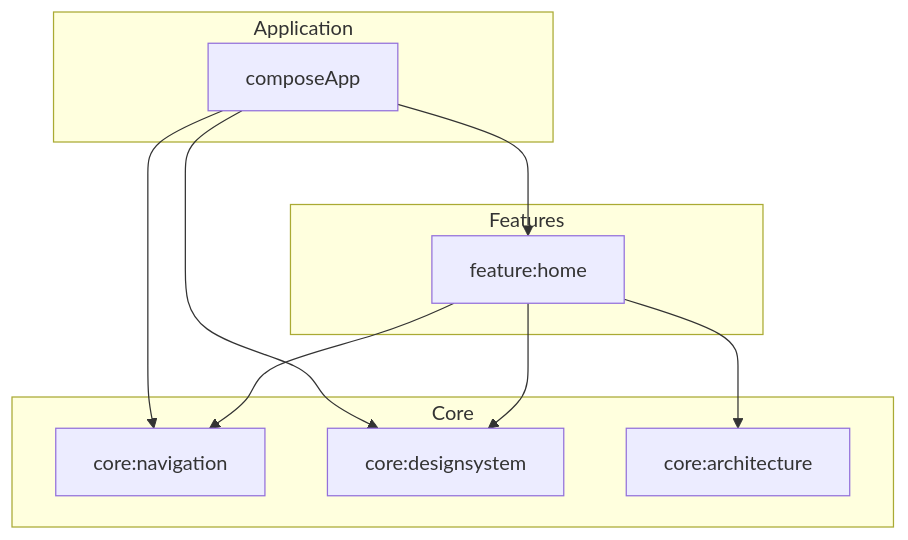
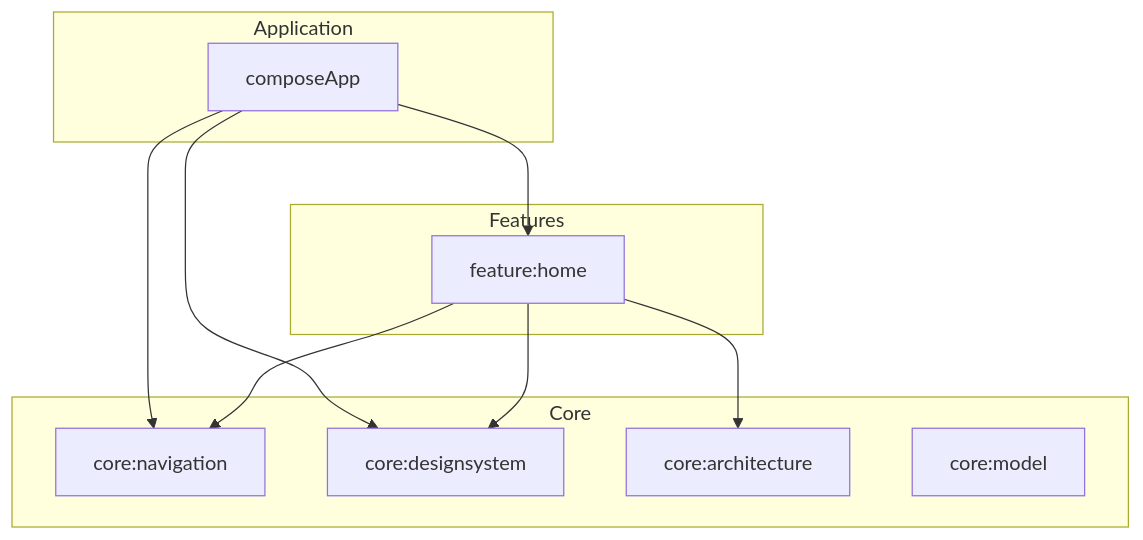
The first of 3 diagrams in README.md (morphingcoffee/GameLauncher), drawn with Mermaid before and after one commit. The commit also changed other lines of this file and 13 other files, not shown here.

First line of the commit message:
Add manifest schema, R2 deploy workflows, and core:model (#3)

````diff
--- a/README.md
+++ b/README.md
@@ -110,23 +112,24 @@
 ```mermaid
 flowchart TB
   subgraph app_layer [Application]
     composeApp[composeApp]
   end
 
   subgraph feature_layer [Features]
     home[feature:home]
   end
 
   subgraph core_layer [Core]
     nav[core:navigation]
     design[core:designsystem]
     arch[core:architecture]
+    model[core:model]
   end
 
   composeApp --> home
   composeApp --> nav
   composeApp --> design
   home --> arch
   home --> design
   home --> nav
 ```
````
